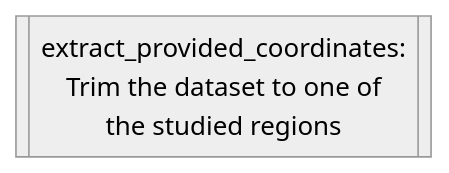
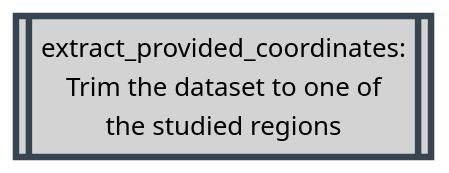
Before and after one commit to Tuks-ICMM/Pharmacogenetic-Analysis-Pipeline: diagram 18 of 34 in docs/02-workflow/02-methodology-summary.md, drawn with Mermaid (neutral theme). The commit also changed other lines of this file, not shown here.

````diff
--- a/docs/02-workflow/02-methodology-summary.md
+++ b/docs/02-workflow/02-methodology-summary.md
@@ -820,4 +940,10 @@
   ```mermaid
   flowchart TD
-    extract_provided_coordinates[[extract_provided_coordinates:\nTrim the dataset to one of\nthe studied regions]]
+    classDef plink stroke:#36454F,fill:#D3D3D3,stroke-width:4px,color:black;
+
+    extract_provided_coordinates[[extract_provided_coordinates:
+Trim the dataset to one of
+the studied regions]]
+
+    class extract_provided_coordinates plink;
   ```
````
